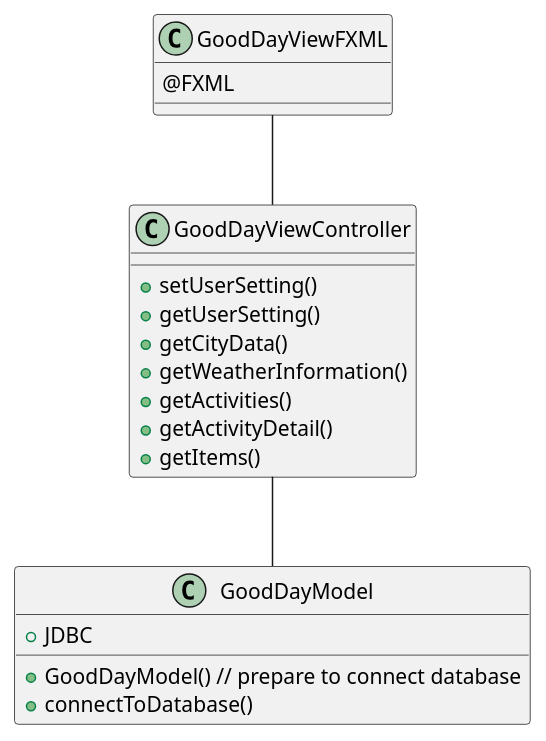
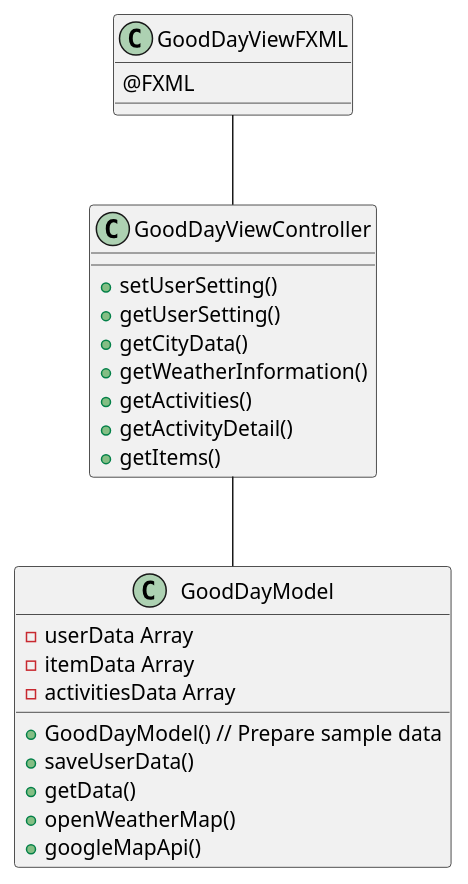
The diagram in GoodDay_UML.puml (mustanghippie/Goodday), drawn with PlantUML before and after one commit.

Commit message:
Update UML

```diff
--- a/GoodDay_UML.puml
+++ b/GoodDay_UML.puml
@@ -1,24 +1,29 @@
 @startuml
 
 class GoodDayViewFXML{
-    @FXML
+  @FXML
 }
 
 class GoodDayViewController{
-    +setUserSetting()
-    +getUserSetting()
-    +getCityData()
-    +getWeatherInformation()
-    +getActivities()
-    +getActivityDetail()
-    +getItems()
+  +setUserSetting()
+  +getUserSetting()
+  +getCityData()
+  +getWeatherInformation()
+  +getActivities()
+  +getActivityDetail()
+  +getItems()
 }
 class GoodDayModel{
-    +JDBC
-    +GoodDayModel() // prepare to connect database
-    +connectToDatabase()
+  -userData Array
+  -itemData Array
+  -activitiesData Array
+  +GoodDayModel() // Prepare sample data
+  +saveUserData()
+  +getData()
+  +openWeatherMap()
+  +googleMapApi()
 }
 GoodDayViewFXML -- GoodDayViewController
 GoodDayViewController -- GoodDayModel
 
 @enduml
```
